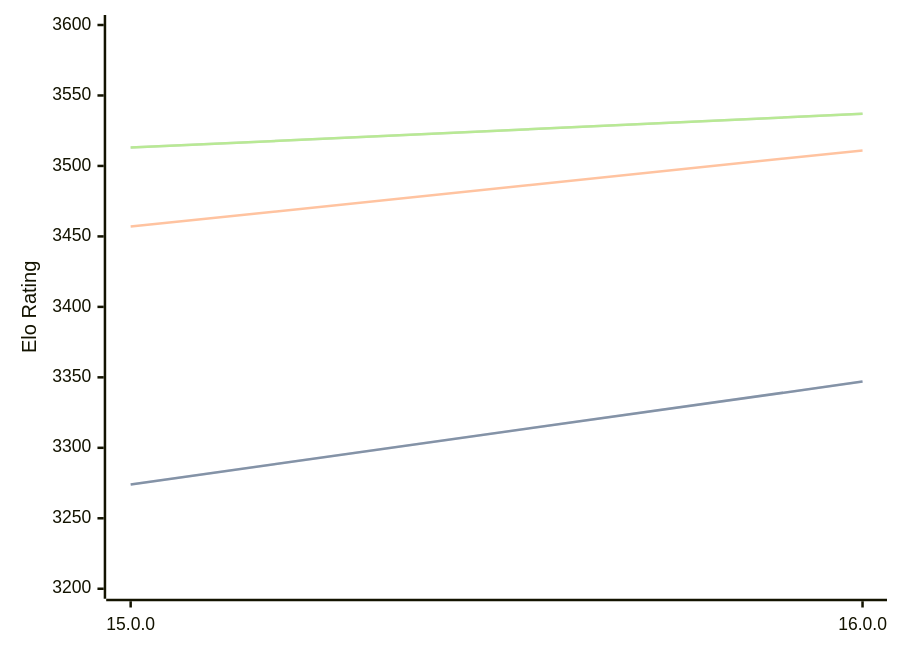
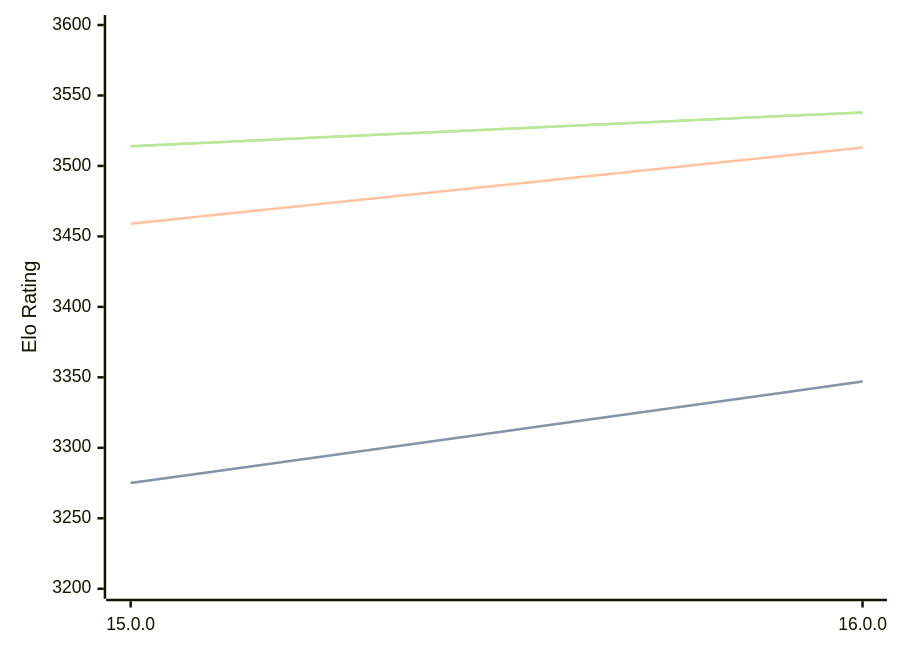
One commit to computer-chess-index/cci changed the diagram in engines/Halogen.md. Above: the diagram before and after it, drawn with Mermaid. The commit also changed other lines of this file, not shown here.

Commit message:
Update CCI Ratings (ELO VLTC) - 2026-07-23

````diff
--- a/engines/Halogen.md
+++ b/engines/Halogen.md
@@ -50,11 +50,11 @@
 ```mermaid
 %%{init: {"theme":"base","themeVariables":{"seriesColors:['#a3a3a3','#222221','#faa371']}}}%%
 xychart-beta
   x-axis ["15.0.0", "16.0.0"]
   y-axis "Elo Rating" 3200 --> 3600
-  line "STC (8.0+0.08s)" [3274, 3347]
-  line "STC (8.0+0.08s)" [3274, 3347]
-  line "LTC (60.0+0.60s)" [3457, 3511]
-  line "VLTC (2m24s+1.12s)" [3513, 3537]
-  line "VLTC (2m24s+1.12s)" [3513, 3537]
+  line "STC (8.0+0.08s)" [3275, 3347]
+  line "STC (8.0+0.08s)" [3275, 3347]
+  line "LTC (60.0+0.60s)" [3459, 3513]
+  line "VLTC (2m24s+1.12s)" [3514, 3538]
+  line "VLTC (2m24s+1.12s)" [3514, 3538]
 ```
````
